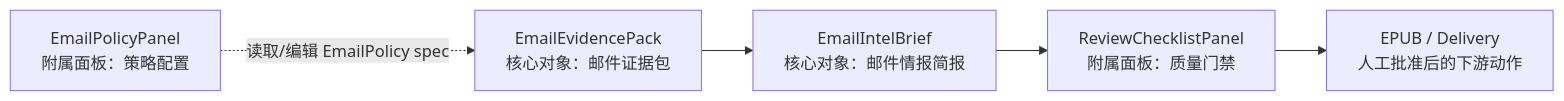
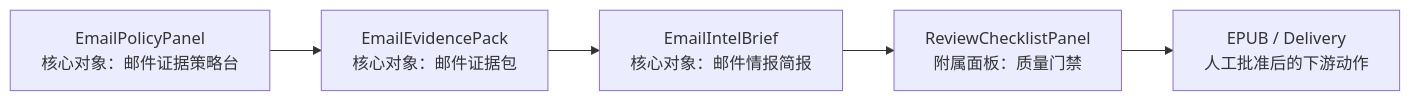
Before and after one commit to arlishansenn/podsum: the diagram in plans/podsum-email-summary-master-plan.md, drawn with Mermaid. The commit also changed other lines of this file and 6 other files, not shown here.

Commit message:
feat(email): promote policy panel to core object

````diff
--- a/plans/podsum-email-summary-master-plan.md
+++ b/plans/podsum-email-summary-master-plan.md
@@ -35,7 +35,7 @@
 ```mermaid
 flowchart LR
-  P["EmailPolicyPanel<br/>附属面板：策略配置"] -. "读取/编辑 EmailPolicy spec" .-> E["EmailEvidencePack<br/>核心对象：邮件证据包"]
+  P["EmailPolicyPanel<br/>核心对象：邮件证据策略台"] --> E["EmailEvidencePack<br/>核心对象：邮件证据包"]
   E --> B["EmailIntelBrief<br/>核心对象：邮件情报简报"]
   B --> R["ReviewChecklistPanel<br/>附属面板：质量门禁"]
   R --> X["EPUB / Delivery<br/>人工批准后的下游动作"]
 ```
````
